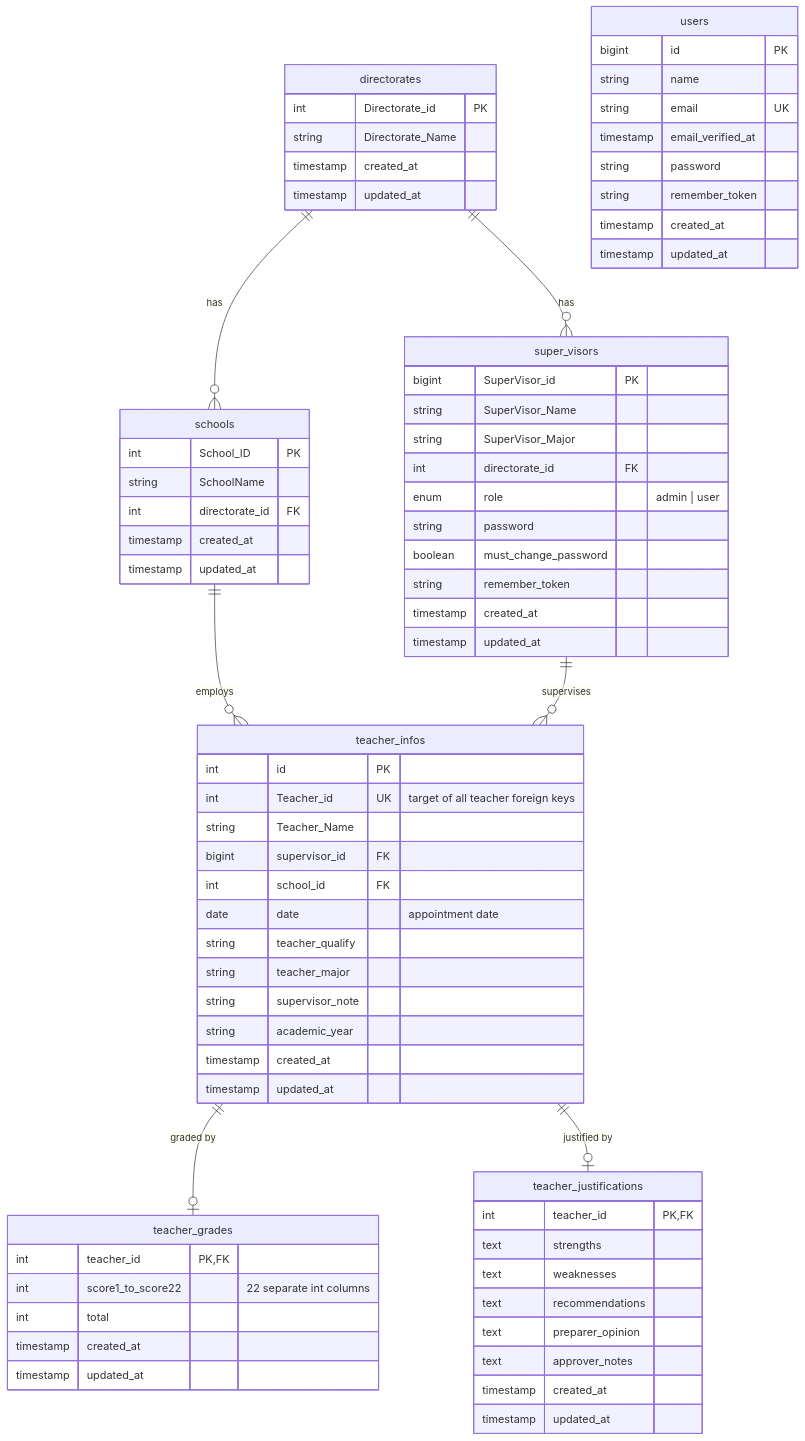
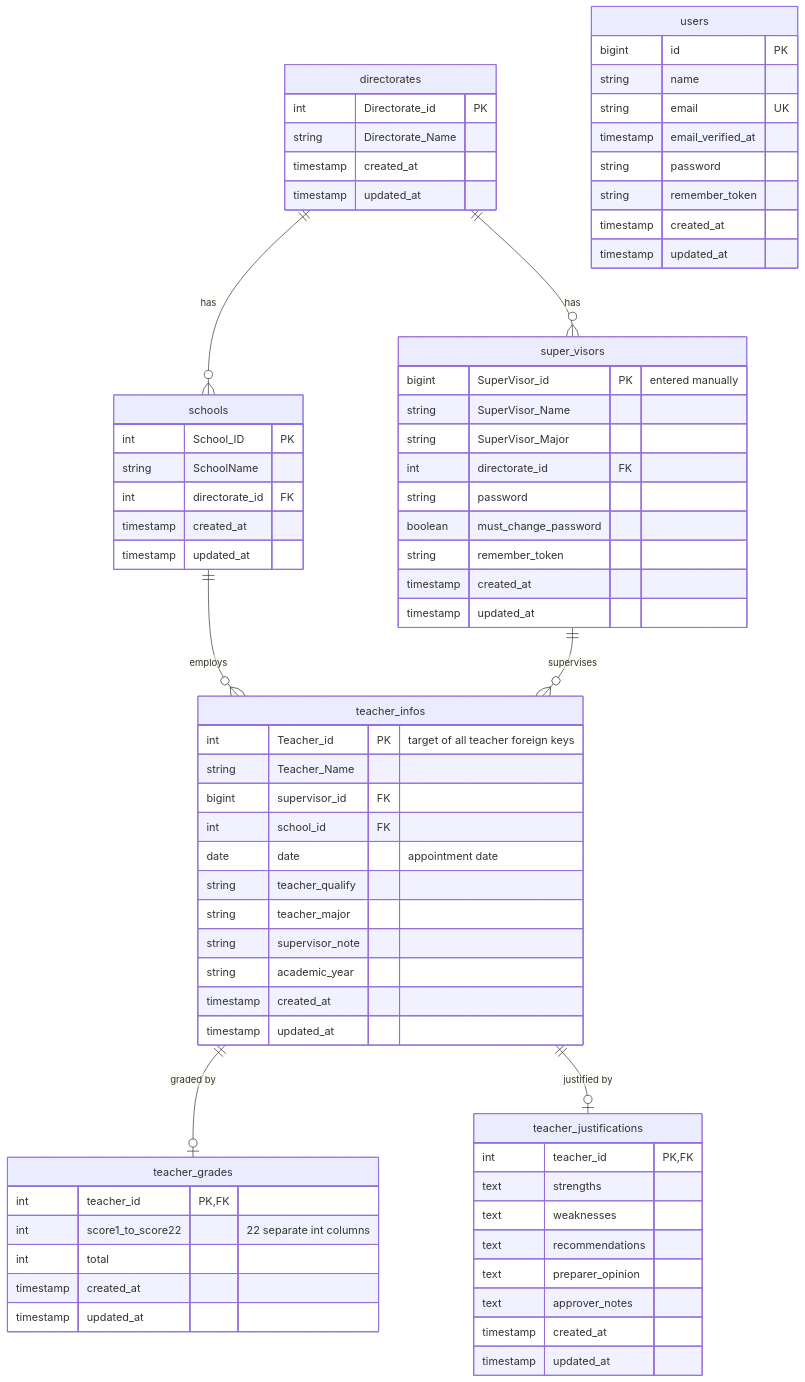
One commit to techeverythingpal-code/newMe changed the diagram in Reports/newMe-erd.md. Above: the diagram before and after it, drawn with Mermaid. The commit also changed other lines of this file, not shown here.

Commit message:
update erd

````diff
--- a/Reports/newMe-erd.md
+++ b/Reports/newMe-erd.md
@@ -5,76 +5,74 @@
 ```mermaid
 erDiagram
   directorates ||--o{ schools : has
   directorates ||--o{ super_visors : has
   schools ||--o{ teacher_infos : employs
   super_visors ||--o{ teacher_infos : supervises
   teacher_infos ||--o| teacher_grades : "graded by"
   teacher_infos ||--o| teacher_justifications : "justified by"
 
   directorates {
     int Directorate_id PK
     string Directorate_Name
     timestamp created_at
     timestamp updated_at
   }
   schools {
     int School_ID PK
     string SchoolName
     int directorate_id FK
     timestamp created_at
     timestamp updated_at
   }
   super_visors {
-    bigint SuperVisor_id PK
+    bigint SuperVisor_id PK "entered manually"
     string SuperVisor_Name
     string SuperVisor_Major
     int directorate_id FK
-    enum role "admin | user"
     string password
     boolean must_change_password
     string remember_token
     timestamp created_at
     timestamp updated_at
   }
   teacher_infos {
-    int id PK
-    int Teacher_id UK "target of all teacher foreign keys"
+    int Teacher_id PK "target of all teacher foreign keys"
     string Teacher_Name
     bigint supervisor_id FK
     int school_id FK
     date date "appointment date"
     string teacher_qualify
     string teacher_major
     string supervisor_note
     string academic_year
     timestamp created_at
     timestamp updated_at
   }
   teacher_grades {
     int teacher_id PK, FK
     int score1_to_score22 "22 separate int columns"
     int total
     timestamp created_at
     timestamp updated_at
   }
   teacher_justifications {
     int teacher_id PK, FK
     text strengths
     text weaknesses
     text recommendations
     text preparer_opinion
     text approver_notes
     timestamp created_at
     timestamp updated_at
   }
   users {
     bigint id PK
     string name
     string email UK
     timestamp email_verified_at
     string password
     string remember_token
     timestamp created_at
     timestamp updated_at
   }
 ```
````
